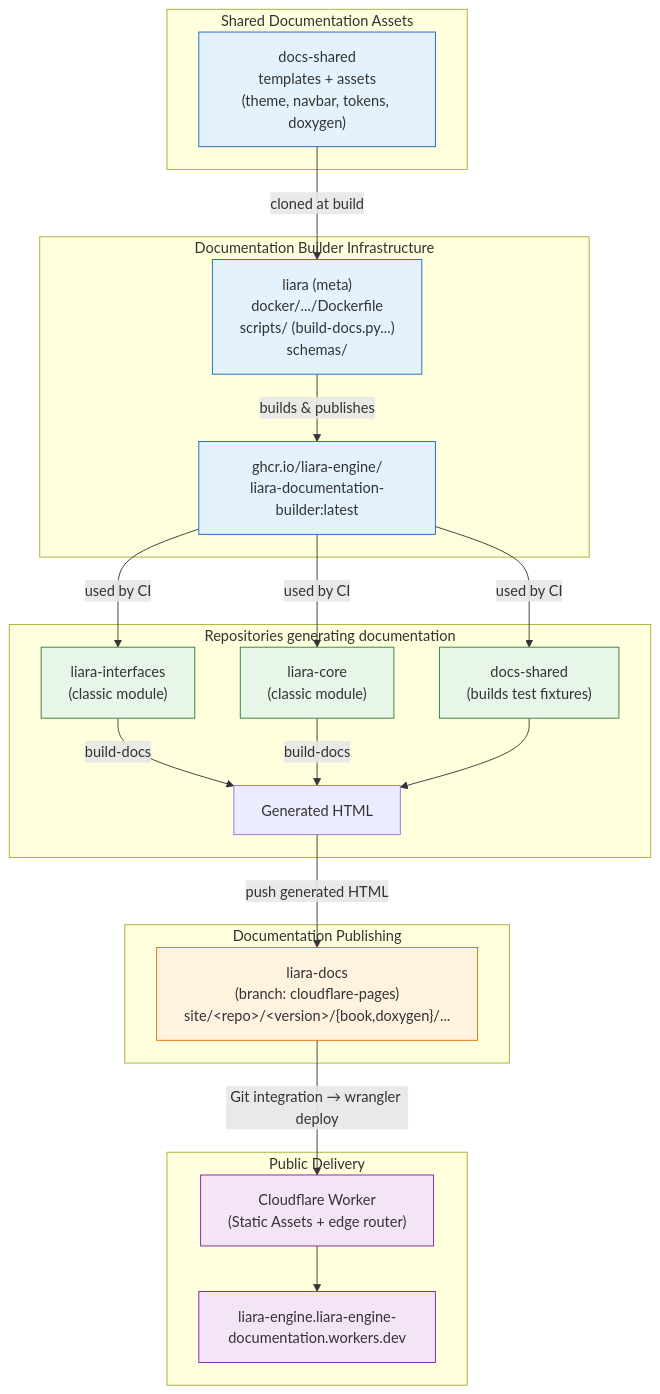
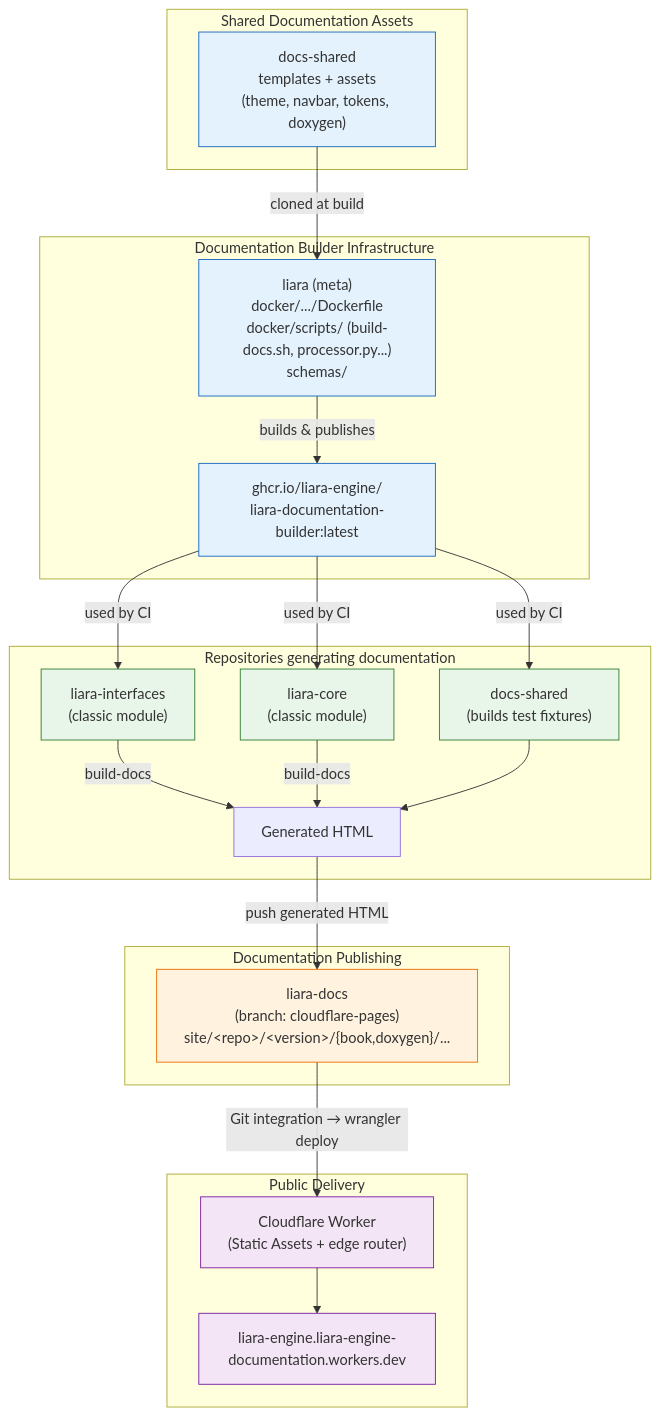
Before and after one commit to liara-engine/liara: the diagram in docs/DOCUMENTATION_PIPELINE.md, drawn with Mermaid. The commit also changed other lines of this file and 7 other files, not shown here.

````diff
--- a/docs/DOCUMENTATION_PIPELINE.md
+++ b/docs/DOCUMENTATION_PIPELINE.md
@@ -13,56 +33,56 @@
 ```mermaid
 flowchart TB
 
     subgraph Shared["Shared Documentation Assets"]
         DS["docs-shared<br/>templates + assets<br/>(theme, navbar, tokens, doxygen)"]
     end
 
     subgraph Builder["Documentation Builder Infrastructure"]
-        LM["liara (meta)<br/>docker/.../Dockerfile<br/>scripts/ (build-docs.py...)<br/>schemas/"]
+        LM["liara (meta)<br/>docker/.../Dockerfile<br/>docker/scripts/ (build-docs.sh, processor.py...)<br/>schemas/"]
         IMG["ghcr.io/liara-engine/<br/>liara-documentation-builder:latest"]
 
         LM -->|"builds & publishes"| IMG
     end
 
     DS -->|"cloned at build"| LM
 
     subgraph Repos["Repositories generating documentation"]
         LI["liara-interfaces<br/>(classic module)"]
         LC["liara-core<br/>(classic module)"]
         DST["docs-shared<br/>(builds test fixtures)"]
 
         HTML["Generated HTML"]
 
         LI -->|"build-docs"| HTML
         LC -->|"build-docs"| HTML
         DST --> HTML
     end
 
     IMG -->|"used by CI"| LI
     IMG -->|"used by CI"| LC
     IMG -->|"used by CI"| DST
 
     subgraph Publishing["Documentation Publishing"]
         DOCS["liara-docs<br/>(branch: cloudflare-pages)<br/>site/&lt;repo&gt;/&lt;version&gt;/{book,doxygen}/..."]
     end
 
     HTML -->|"push generated HTML"| DOCS
 
     subgraph Delivery["Public Delivery"]
         CF["Cloudflare Worker<br/>(Static Assets + edge router)"]
         URL["liara-engine.liara-engine-documentation.workers.dev"]
     end
 
     DOCS -->|"Git integration → wrangler deploy"| CF
     CF --> URL
 
     classDef repo fill:#e8f5e9,stroke:#2e7d32;
     classDef infra fill:#e3f2fd,stroke:#1565c0;
     classDef publish fill:#fff3e0,stroke:#ef6c00;
     classDef delivery fill:#f3e5f5,stroke:#7b1fa2;
 
     class LI,LC,DST repo;
     class LM,IMG,DS infra;
     class DOCS publish;
     class CF,URL delivery;
 ```
````
